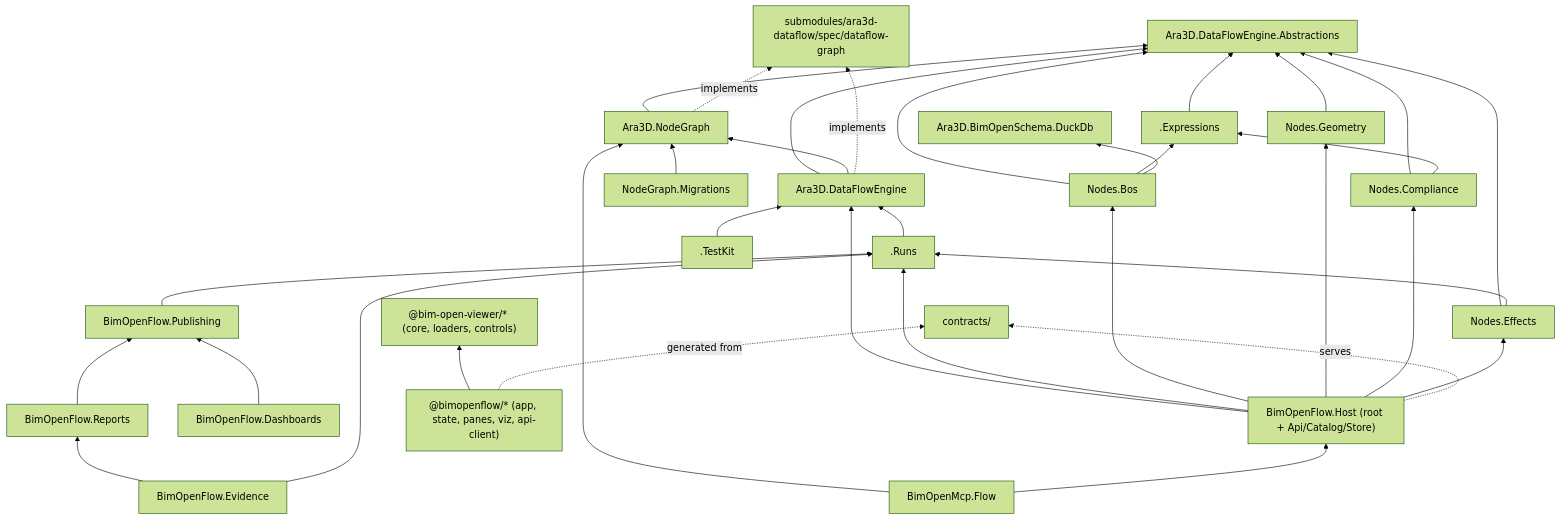
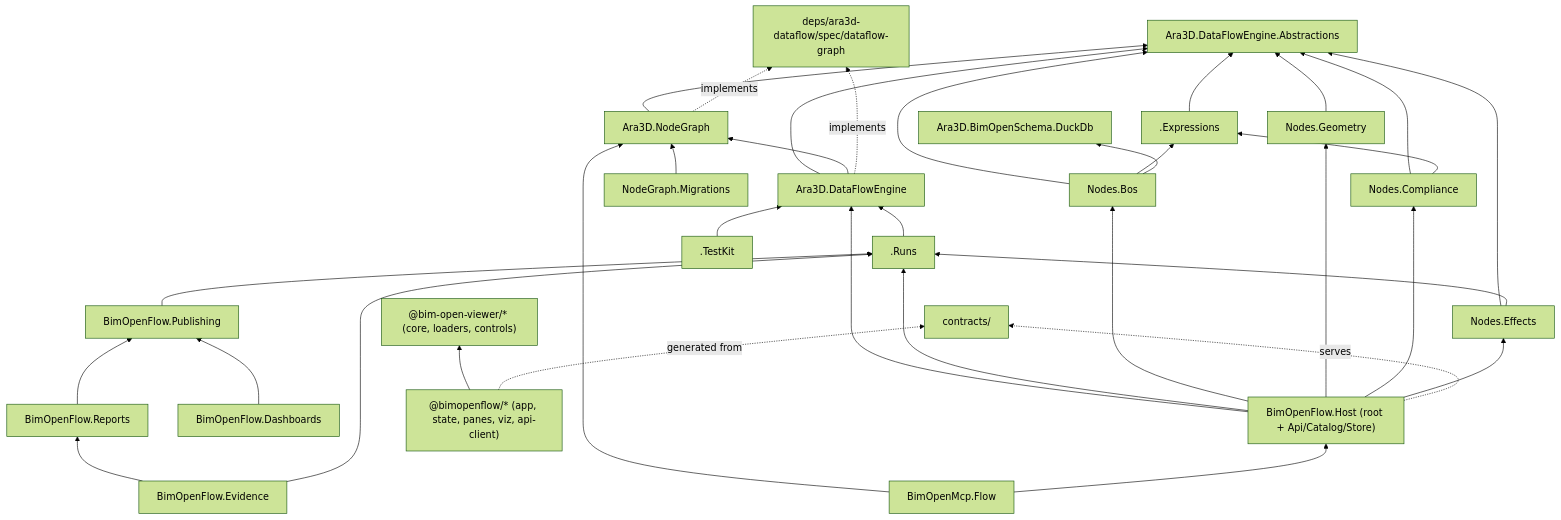
One commit to ara3d/bim-open-toolkit changed the diagram in docs/bimopenflow-structure.md. Above: the diagram before and after it, drawn with Mermaid (forest theme). The commit also changed other lines of this file and 10 other files, not shown here.

````diff
--- a/docs/bimopenflow-structure.md
+++ b/docs/bimopenflow-structure.md
@@ -361,59 +374,59 @@
 ```mermaid
 graph BT
-  spec[submodules/ara3d-dataflow/spec/dataflow-graph]
+  spec[deps/ara3d-dataflow/spec/dataflow-graph]
   contracts[contracts/]
   ABS[Ara3D.DataFlowEngine.Abstractions]
   NG[Ara3D.NodeGraph]
   ENG[Ara3D.DataFlowEngine]
   EXP[.Expressions]
   RUNS[.Runs]
   TK[.TestKit]
   MIG[NodeGraph.Migrations]
   DUCK[Ara3D.BimOpenSchema.DuckDb]
   BOS[Nodes.Bos]
   GEO[Nodes.Geometry]
   CMP[Nodes.Compliance]
   EFF[Nodes.Effects]
   HOST["BimOpenFlow.Host (root + Api/Catalog/Store)"]
   MCP[BimOpenMcp.Flow]
   PUB[BimOpenFlow.Publishing]
   DASH[BimOpenFlow.Dashboards]
   REP[BimOpenFlow.Reports]
   EVID[BimOpenFlow.Evidence]
   VIEW["@bim-open-viewer/* (core, loaders, controls)"]
   WEB["@bimopenflow/* (app, state, panes, viz, api-client)"]
 
   NG --> ABS
   ENG --> ABS
   ENG --> NG
   EXP --> ABS
   RUNS --> ENG
   TK --> ENG
   MIG --> NG
   BOS --> ABS
   BOS --> EXP
   BOS --> DUCK
   GEO --> ABS
   CMP --> ABS
   CMP --> EXP
   EFF --> ABS
   EFF --> RUNS
   HOST --> ENG
   HOST --> RUNS
   HOST --> BOS
   HOST --> GEO
   HOST --> CMP
   HOST --> EFF
   MCP --> NG
   MCP --> HOST
   PUB --> RUNS
   DASH --> PUB
   REP --> PUB
   EVID --> REP
   EVID --> RUNS
   WEB --> VIEW
   NG -. implements .-> spec
   ENG -. implements .-> spec
   HOST -. serves .-> contracts
   WEB -. generated from .-> contracts
 ```
````
